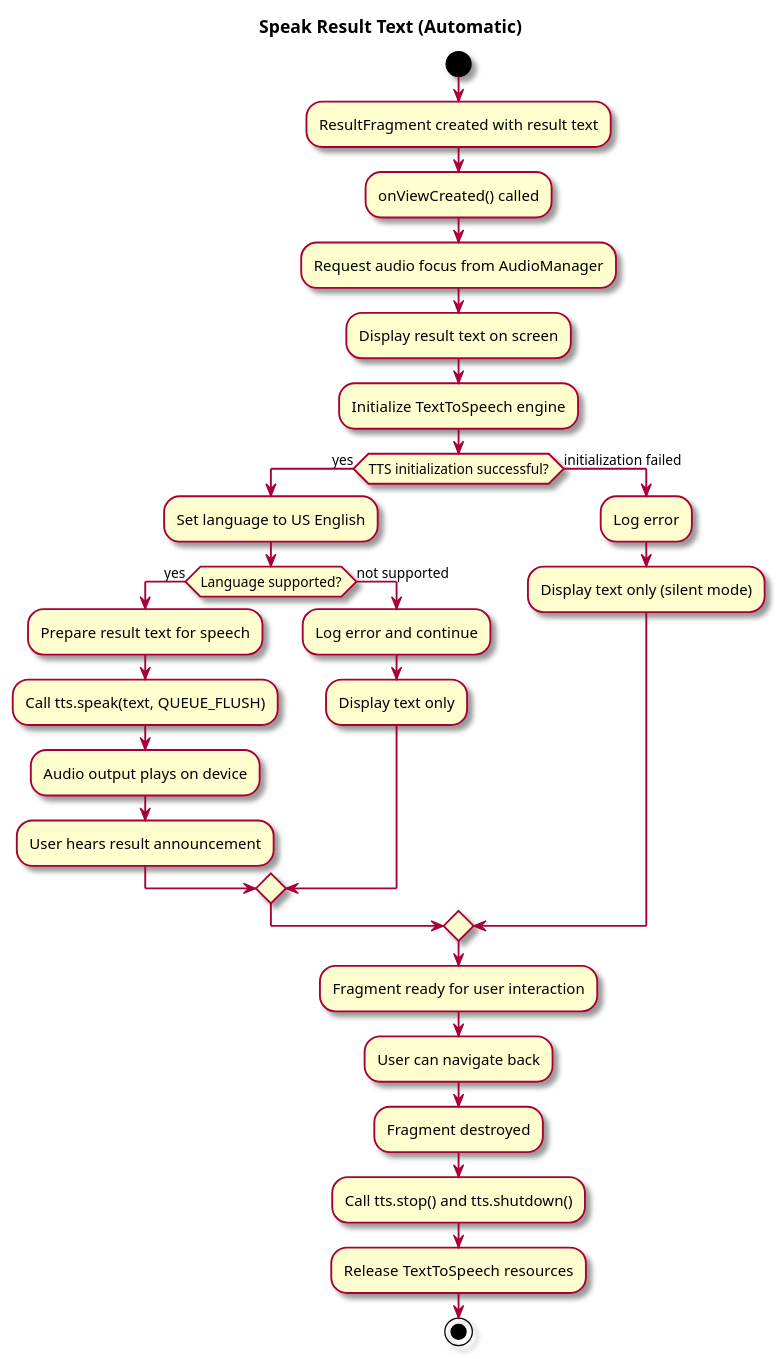
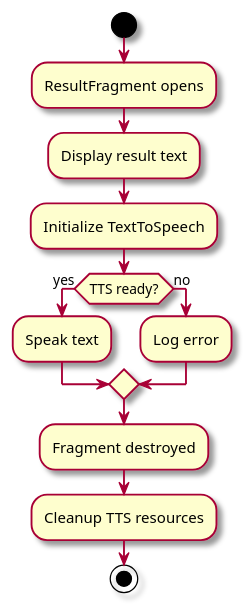
One commit to tonyh1306/OBRE-Vision-through-a-screen changed the first of 2 diagrams in intellij/doc/use-cases/speak-result-text.md. Above: the diagram before and after it, drawn with PlantUML. The commit also changed other lines of this file, not shown here.

Commit message:
Edits tts use case md

````diff
--- a/intellij/doc/use-cases/speak-result-text.md
+++ b/intellij/doc/use-cases/speak-result-text.md
@@ -31,41 +31,19 @@
 ```plantuml
 @startuml
 skin rose
-title Speak Result Text (Automatic)
 
-|#implementation|System|
+start
+:ResultFragment opens;
+:Display result text;
+:Initialize TextToSpeech;
+if (TTS ready?) is (yes) then
+  :Speak text;
+else (no)
+  :Log error;
+endif
+:Fragment destroyed;
+:Cleanup TTS resources;
+stop
 
-|System|
-start
-:ResultFragment created with result text;
-:onViewCreated() called;
-:Request audio focus from AudioManager;
-:Display result text on screen;
-:Initialize TextToSpeech engine;
-
-if (TTS initialization successful?) is (yes) then
-  :Set language to US English;
-  
-  if (Language supported?) is (yes) then
-    :Prepare result text for speech;
-    :Call tts.speak(text, QUEUE_FLUSH);
-    :Audio output plays on device;
-    :User hears result announcement;
-  else (not supported)
-    :Log error and continue;
-    :Display text only;
-  endif
-else (initialization failed)
-  :Log error;
-  :Display text only (silent mode);
-endif
-
-:Fragment ready for user interaction;
-:User can navigate back;
-
-:Fragment destroyed;
-:Call tts.stop() and tts.shutdown();
-:Release TextToSpeech resources;
-stop
 @enduml
 ```
````
